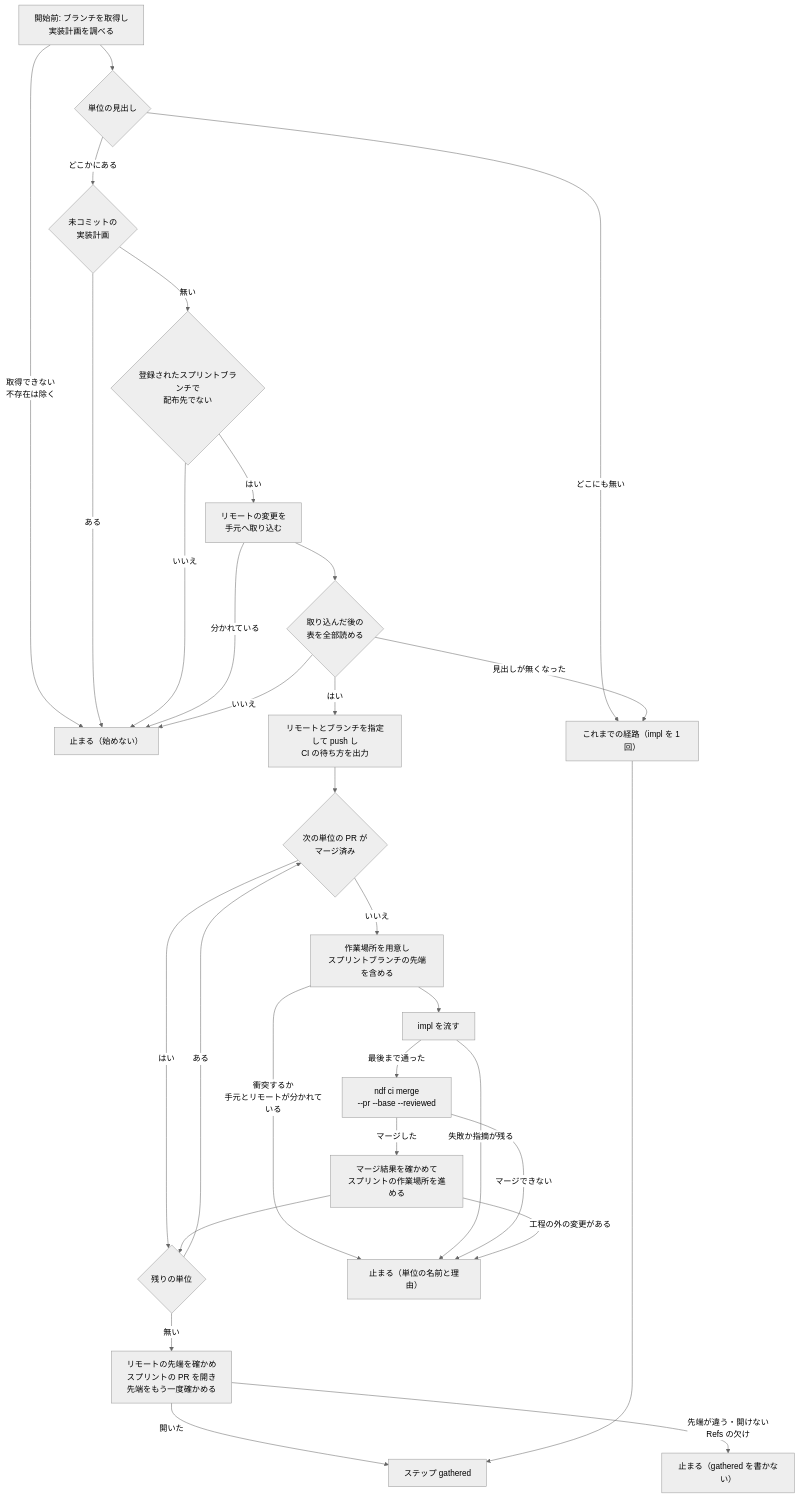
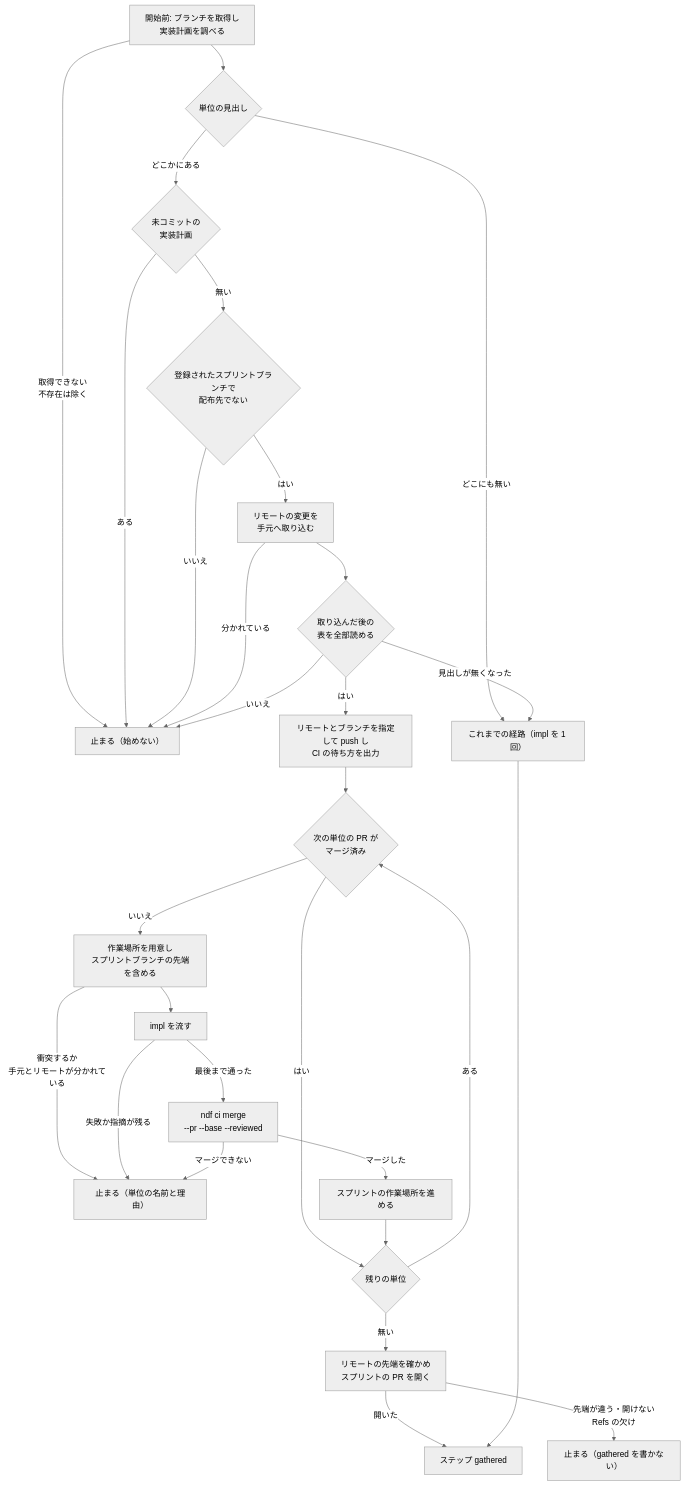
The fifth of 5 diagrams in issues/issue-4369-design.md (devbasex/ai-plugins), drawn with Mermaid (neutral theme) before and after one commit. The commit also changed other lines of this file and 1 other file, not shown here.

````diff
--- a/issues/issue-4369-design.md
+++ b/issues/issue-4369-design.md
@@ -271,32 +267,31 @@
 ```mermaid
 flowchart TB
   A["開始前: ブランチを取得し<br/>実装計画を調べる"] --> B{"単位の見出し"}
   A -->|取得できない<br/>不存在は除く| E
   B -->|どこにも無い| C["これまでの経路（impl を 1 回）"]
   B -->|どこかにある| Q{"未コミットの<br/>実装計画"}
   Q -->|ある| E
   Q -->|無い| D{"登録されたスプリントブランチで<br/>配布先でない"}
   D -->|いいえ| E["止まる（始めない）"]
   D -->|はい| F["リモートの変更を<br/>手元へ取り込む"]
   F -->|分かれている| E
   F --> R{"取り込んだ後の<br/>表を全部読める"}
   R -->|見出しが無くなった| C
   R -->|いいえ| E
   R -->|はい| S["リモートとブランチを指定して push し<br/>CI の待ち方を出力"]
   S --> H{"次の単位の PR が<br/>マージ済み"}
   H -->|はい| N{"残りの単位"}
   H -->|いいえ| W["作業場所を用意し<br/>スプリントブランチの先端を含める"]
   W -->|衝突するか<br/>手元とリモートが分かれている| X
   W --> P["impl を流す"]
   P -->|失敗か指摘が残る| X["止まる（単位の名前と理由）"]
   P -->|最後まで通った| M["ndf ci merge<br/>--pr --base --reviewed"]
   M -->|マージできない| X
-  M -->|マージした| V["マージ結果を確かめて<br/>スプリントの作業場所を進める"]
-  V -->|工程の外の変更がある| X
+  M -->|マージした| V["スプリントの作業場所を進める"]
   V --> N
   N -->|ある| H
-  N -->|無い| Z["リモートの先端を確かめ<br/>スプリントの PR を開き<br/>先端をもう一度確かめる"]
+  N -->|無い| Z["リモートの先端を確かめ<br/>スプリントの PR を開く"]
   Z -->|先端が違う・開けない<br/>Refs の欠け| Y["止まる（gathered を書かない）"]
   Z -->|開いた| G["ステップ gathered"]
   C --> G
 ```
````
